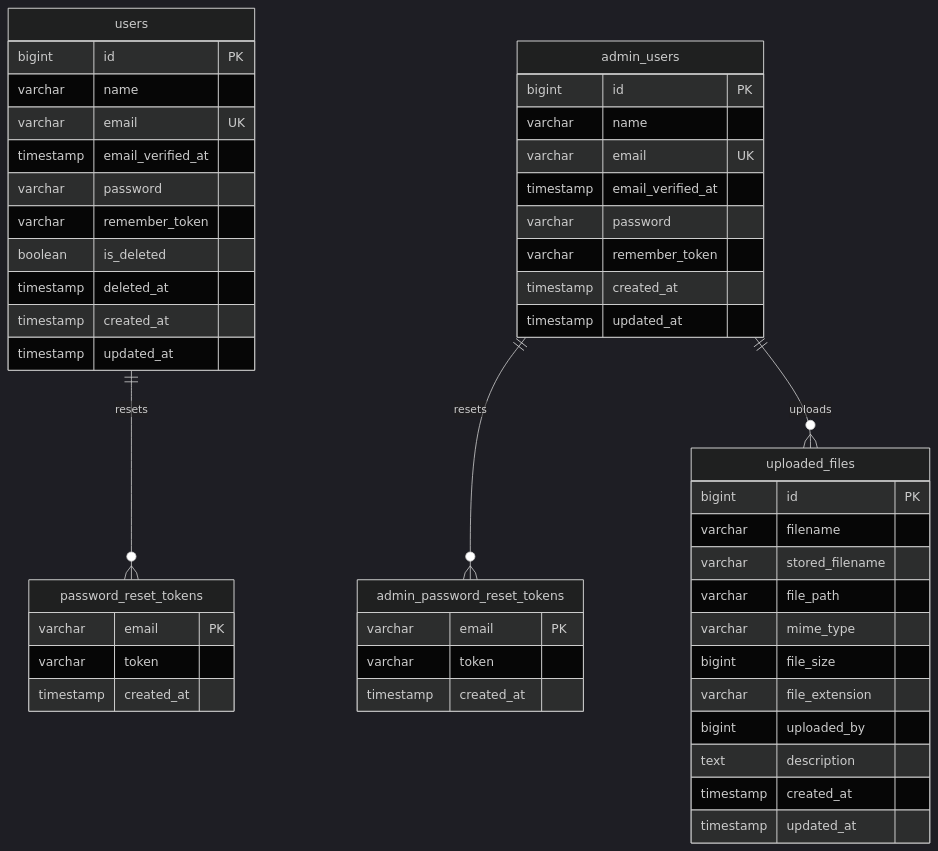
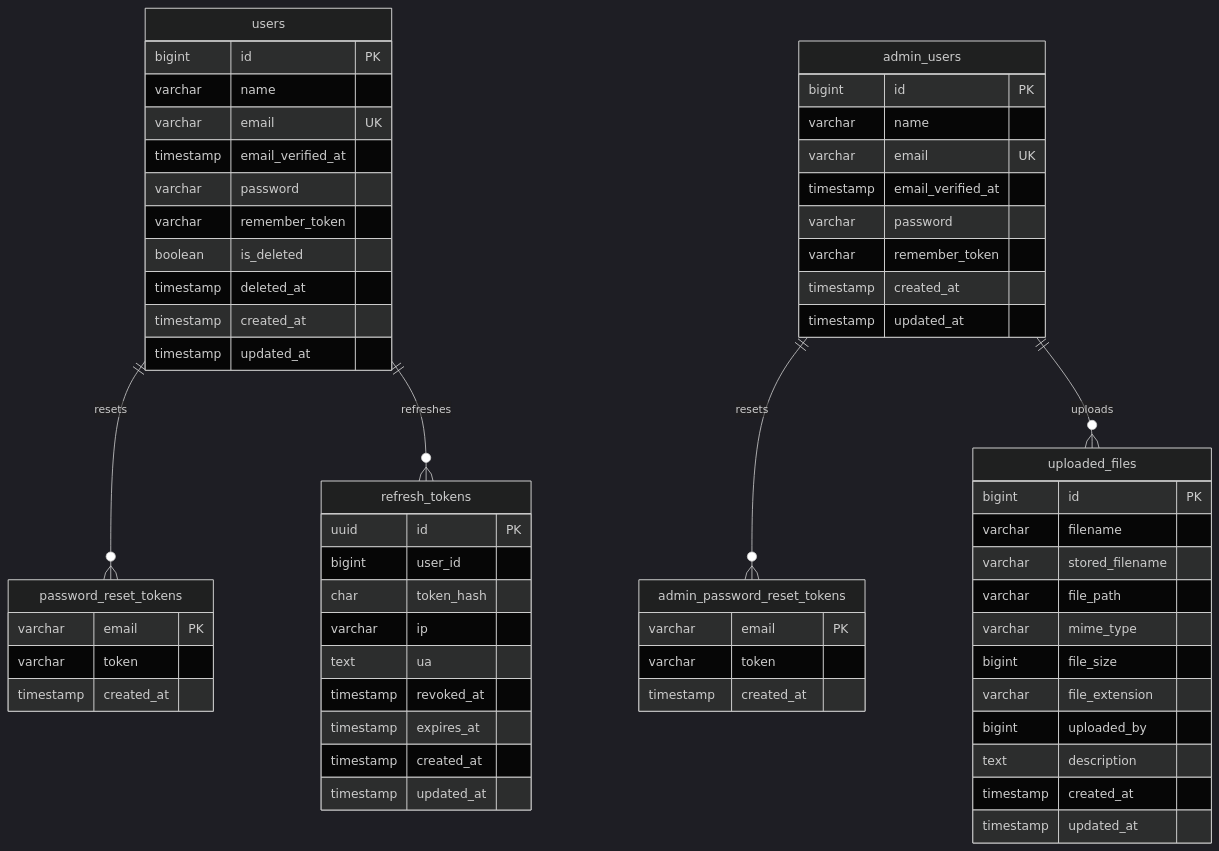
The second of 2 diagrams in .cursor/rules/app-overview.mdc (DesignSupply/startify-app), drawn with Mermaid (dark theme) before and after one commit. The commit also changed other lines of this file and 3 other files, not shown here.

````diff
--- a/.cursor/rules/app-overview.mdc
+++ b/.cursor/rules/app-overview.mdc
@@ -130,56 +143,69 @@
 ```mermaid
 erDiagram
     users {
         bigint id PK
         varchar name
         varchar email UK
         timestamp email_verified_at
         varchar password
         varchar remember_token
         boolean is_deleted
         timestamp deleted_at
         timestamp created_at
         timestamp updated_at
     }
 
     admin_users {
         bigint id PK
         varchar name
         varchar email UK
         timestamp email_verified_at
         varchar password
         varchar remember_token
         timestamp created_at
         timestamp updated_at
     }
 
     password_reset_tokens {
         varchar email PK
         varchar token
         timestamp created_at
     }
 
     admin_password_reset_tokens {
         varchar email PK
         varchar token
         timestamp created_at
     }
 
     uploaded_files {
         bigint id PK
         varchar filename
         varchar stored_filename
         varchar file_path
         varchar mime_type
         bigint file_size
         varchar file_extension
         bigint uploaded_by
         text description
         timestamp created_at
         timestamp updated_at
     }
 
+    refresh_tokens {
+        uuid id PK
+        bigint user_id
+        char token_hash
+        varchar ip
+        text ua
+        timestamp revoked_at
+        timestamp expires_at
+        timestamp created_at
+        timestamp updated_at
+    }
+
     users ||--o{ password_reset_tokens : "resets"
     admin_users ||--o{ admin_password_reset_tokens : "resets"
     admin_users ||--o{ uploaded_files : "uploads"
+    users ||--o{ refresh_tokens : "refreshes"
 ```
````
